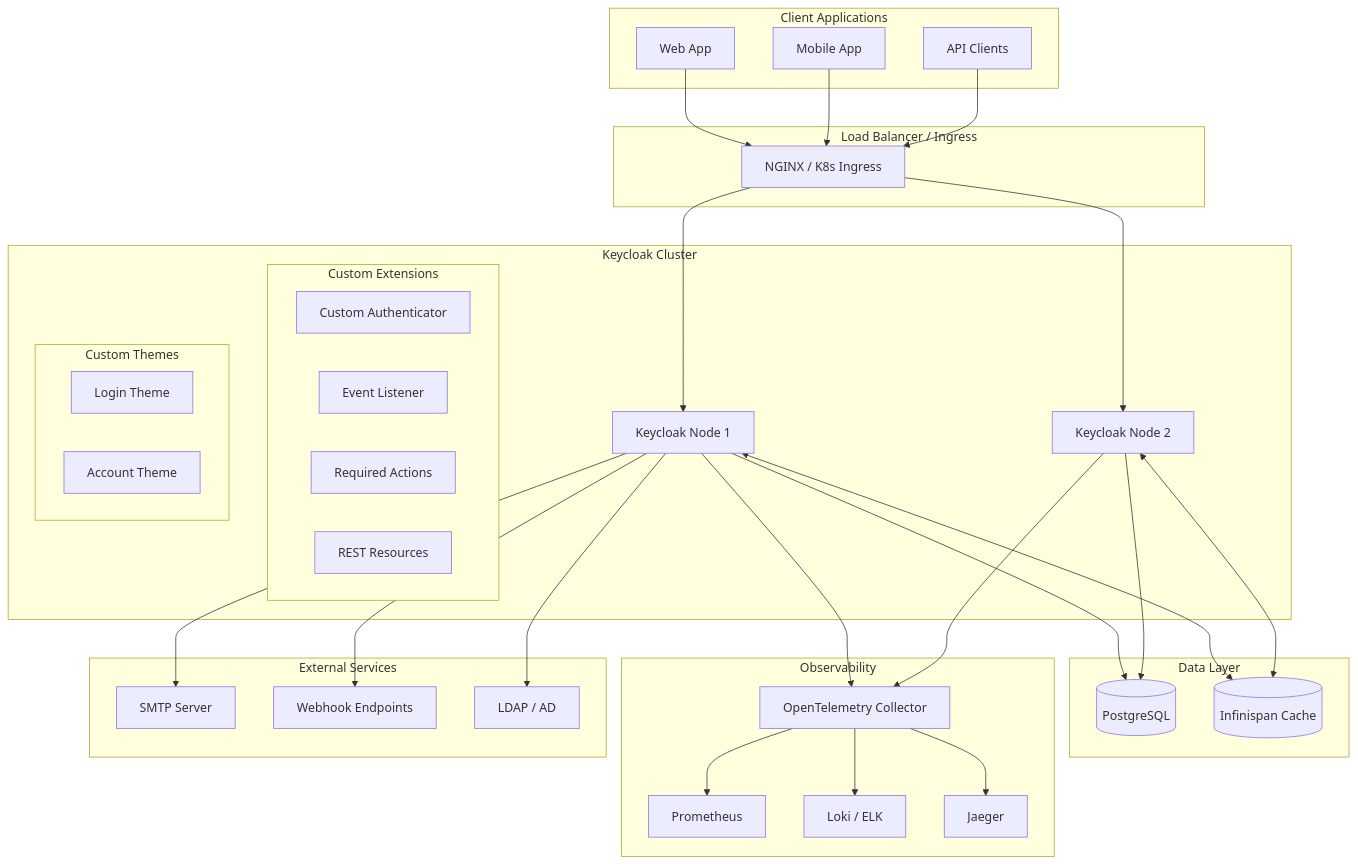
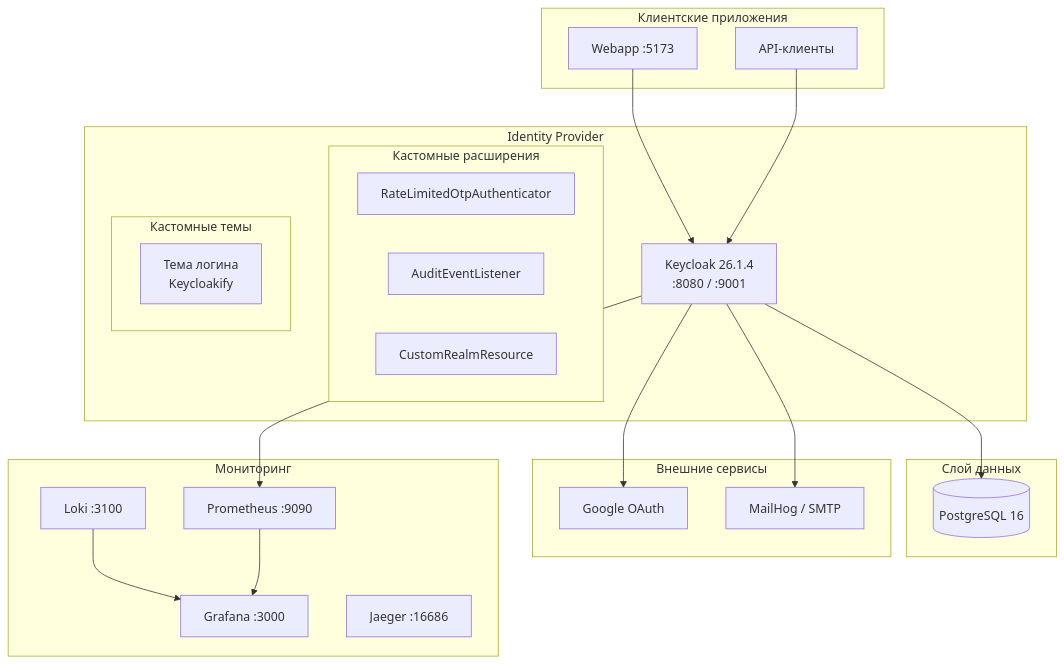
One commit to KIlnur/FinAppKC changed the first of 2 diagrams in docs/ARCHITECTURE.md. Above: the diagram before and after it, drawn with Mermaid. The commit also changed other lines of this file and 10 other files, not shown here.

````diff
--- a/docs/ARCHITECTURE.md
+++ b/docs/ARCHITECTURE.md
@@ -10,70 +9,46 @@
 ```mermaid
 graph TB
-    subgraph "Client Applications"
-        WEB[Web App]
-        MOBILE[Mobile App]
-        API[API Clients]
+    subgraph "Клиентские приложения"
+        WEBAPP[Webapp :5173]
+        API[API-клиенты]
     end
 
-    subgraph "Load Balancer / Ingress"
-        LB[NGINX / K8s Ingress]
-    end
-
-    subgraph "Keycloak Cluster"
-        KC1[Keycloak Node 1]
-        KC2[Keycloak Node 2]
+    subgraph "Identity Provider"
+        KC[Keycloak 26.1.4<br/>:8080 / :9001]
         
-        subgraph "Custom Extensions"
-            AUTH[Custom Authenticator]
-            EVT[Event Listener]
-            RA[Required Actions]
-            REST[REST Resources]
+        subgraph "Кастомные расширения"
+            AUTH[RateLimitedOtpAuthenticator]
+            EVT[AuditEventListener]
+            REST[CustomRealmResource]
         end
         
-        subgraph "Custom Themes"
-            LOGIN[Login Theme]
-            ACCOUNT[Account Theme]
+        subgraph "Кастомные темы"
+            LOGIN[Тема логина<br/>Keycloakify]
         end
     end
 
-    subgraph "Data Layer"
-        PG[(PostgreSQL)]
-        CACHE[(Infinispan Cache)]
+    subgraph "Слой данных"
+        PG[(PostgreSQL 16)]
     end
 
-    subgraph "Observability"
-        OTEL[OpenTelemetry Collector]
-        PROM[Prometheus]
-        LOKI[Loki / ELK]
-        JAEGER[Jaeger]
+    subgraph "Внешние сервисы"
+        GOOGLE[Google OAuth]
+        SMTP[MailHog / SMTP]
     end
 
-    subgraph "External Services"
-        SMTP[SMTP Server]
-        WEBHOOK[Webhook Endpoints]
-        LDAP[LDAP / AD]
+    subgraph "Мониторинг"
+        PROM[Prometheus :9090]
+        GRAFANA[Grafana :3000]
+        LOKI[Loki :3100]
+        JAEGER[Jaeger :16686]
     end
 
-    WEB --> LB
-    MOBILE --> LB
-    API --> LB
-    
-    LB --> KC1
-    LB --> KC2
-    
-    KC1 --> PG
-    KC2 --> PG
-    KC1 <--> CACHE
-    KC2 <--> CACHE
-    
-    KC1 --> OTEL
-    KC2 --> OTEL
-    
-    OTEL --> PROM
-    OTEL --> LOKI
-    OTEL --> JAEGER
-    
-    KC1 --> SMTP
-    KC1 --> WEBHOOK
-    KC1 --> LDAP
+    WEBAPP --> KC
+    API --> KC
+    KC --> PG
+    KC --> GOOGLE
+    KC --> SMTP
+    KC --> PROM
+    LOKI --> GRAFANA
+    PROM --> GRAFANA
 ```
````
